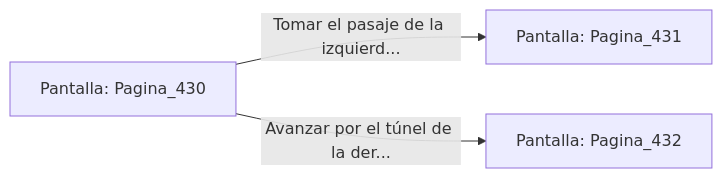
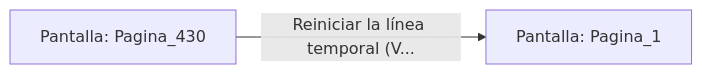
The diagram in sample/eligejuego-vault/Pantalla_Pagina_430.md (metsuke/mpl), drawn with Mermaid before and after one commit. The commit also changed other lines of this file and 635 other files, not shown here.

First line of the commit message:
fix: añadir Pagina_1 como pantalla inicial en capitulo_01.mpl

````diff
--- a/sample/eligejuego-vault/Pantalla_Pagina_430.md
+++ b/sample/eligejuego-vault/Pantalla_Pagina_430.md
@@ -20,6 +17,5 @@
 ```mermaid
 graph LR
     P_Pagina_430["Pantalla: Pagina_430"]
-    P_Pagina_430 -->|"Tomar el pasaje de la izquierd..."| P_Pagina_431["Pantalla: Pagina_431"]
-    P_Pagina_430 -->|"Avanzar por el túnel de la der..."| P_Pagina_432["Pantalla: Pagina_432"]
+    P_Pagina_430 -->|"Reiniciar la línea temporal (V..."| P_Pagina_1["Pantalla: Pagina_1"]
 ```
````
